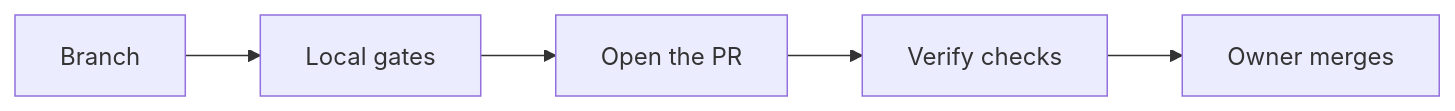
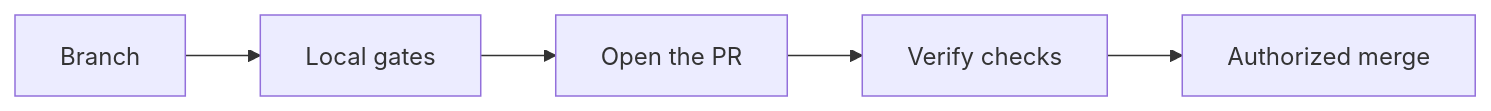
One commit to victusfate/scaffold changed the diagram in docs/diagrams/pages/pr-workflow.md. Above: the diagram before and after it, drawn with Mermaid. The commit also changed other lines of this file and 30 other files, not shown here.

First line of the commit message:
docs(diagram-explorer-md): accuracy review fixes across 13 pages; guard against hidden HTML-like text

````diff
--- a/docs/diagrams/pages/pr-workflow.md
+++ b/docs/diagrams/pages/pr-workflow.md
@@ -7,7 +7,7 @@
 ```mermaid
 flowchart LR
   branch["Branch"] --> local["Local gates"]
   local["Local gates"] --> open["Open the PR"]
   open["Open the PR"] --> checks["Verify checks"]
-  checks["Verify checks"] --> merge["Owner merges"]
+  checks["Verify checks"] --> merge["Authorized merge"]
 ```
````
